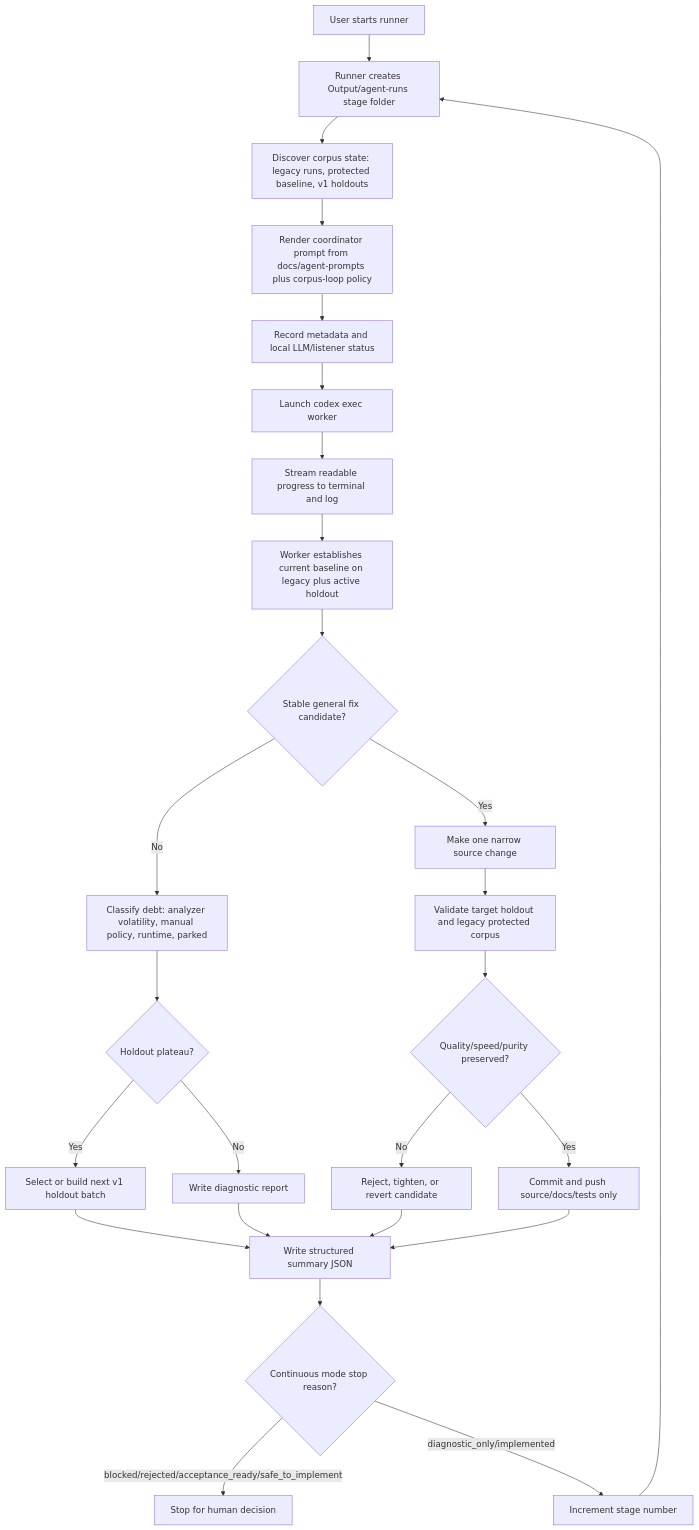
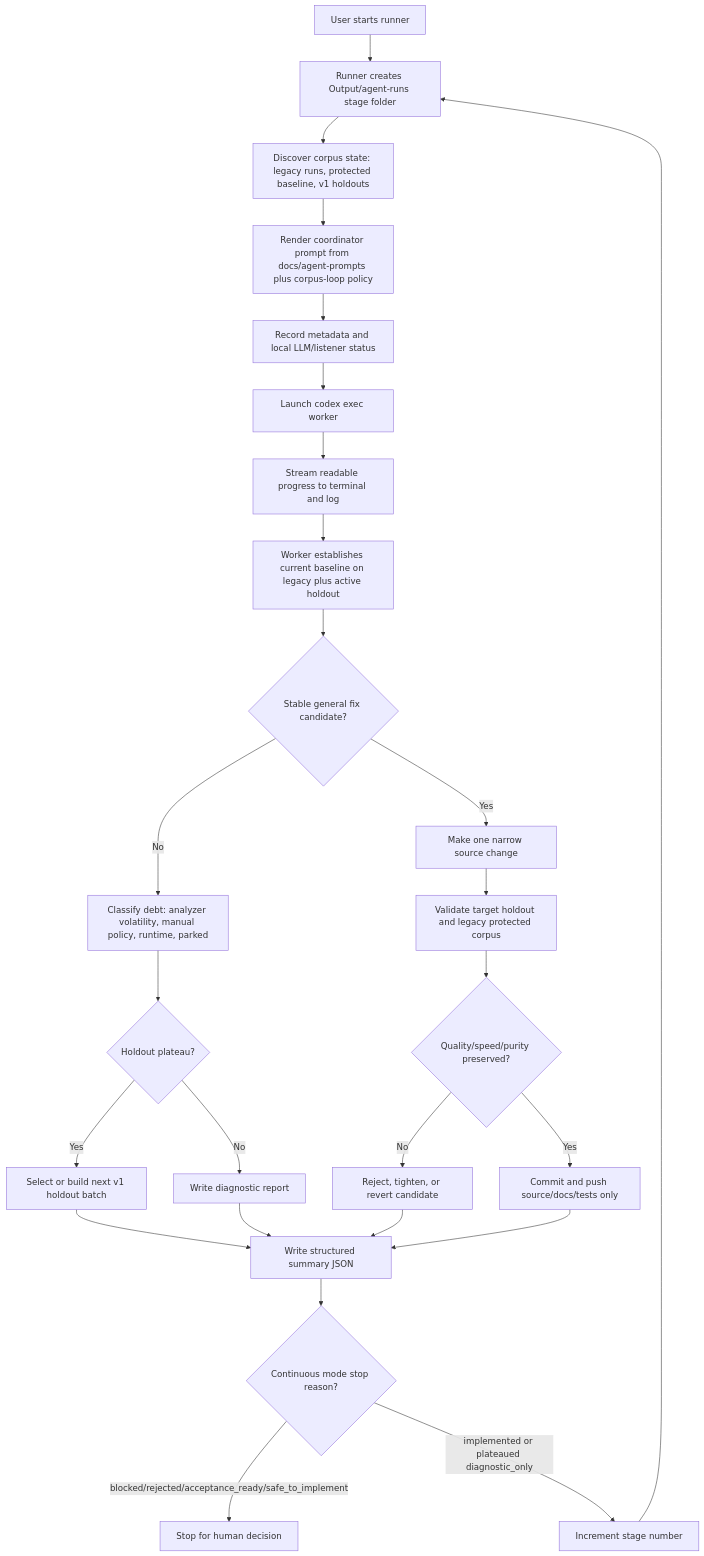
The first of 4 diagrams in docs/codex-stage-flow.md (fourtytwo42/PDFAF_v2), drawn with Mermaid before and after one commit. The commit also changed other lines of this file and 2 other files, not shown here.

````diff
--- a/docs/codex-stage-flow.md
+++ b/docs/codex-stage-flow.md
@@ -3,28 +3,28 @@
 ```mermaid
 flowchart TD
   A[User starts runner] --> B[Runner creates Output/agent-runs stage folder]
   B --> C[Discover corpus state: legacy runs, protected baseline, v1 holdouts]
   C --> D[Render coordinator prompt from docs/agent-prompts plus corpus-loop policy]
   D --> E[Record metadata and local LLM/listener status]
   E --> F[Launch codex exec worker]
   F --> G[Stream readable progress to terminal and log]
   G --> H[Worker establishes current baseline on legacy plus active holdout]
   H --> I{Stable general fix candidate?}
   I -- No --> J[Classify debt: analyzer volatility, manual policy, runtime, parked]
   J --> K{Holdout plateau?}
   K -- Yes --> L[Select or build next v1 holdout batch]
   K -- No --> M[Write diagnostic report]
   I -- Yes --> N[Make one narrow source change]
   N --> O[Validate target holdout and legacy protected corpus]
   L --> P[Write structured summary JSON]
   M --> P
   O --> Q{Quality/speed/purity preserved?}
   Q -- No --> R[Reject, tighten, or revert candidate]
   Q -- Yes --> S[Commit and push source/docs/tests only]
   R --> P
   S --> P
   P --> T{Continuous mode stop reason?}
   T -- blocked/rejected/acceptance_ready/safe_to_implement --> U[Stop for human decision]
-  T -- diagnostic_only/implemented --> V[Increment stage number]
+  T -- implemented or plateaued diagnostic_only --> V[Increment stage number]
   V --> B
 ```
````
